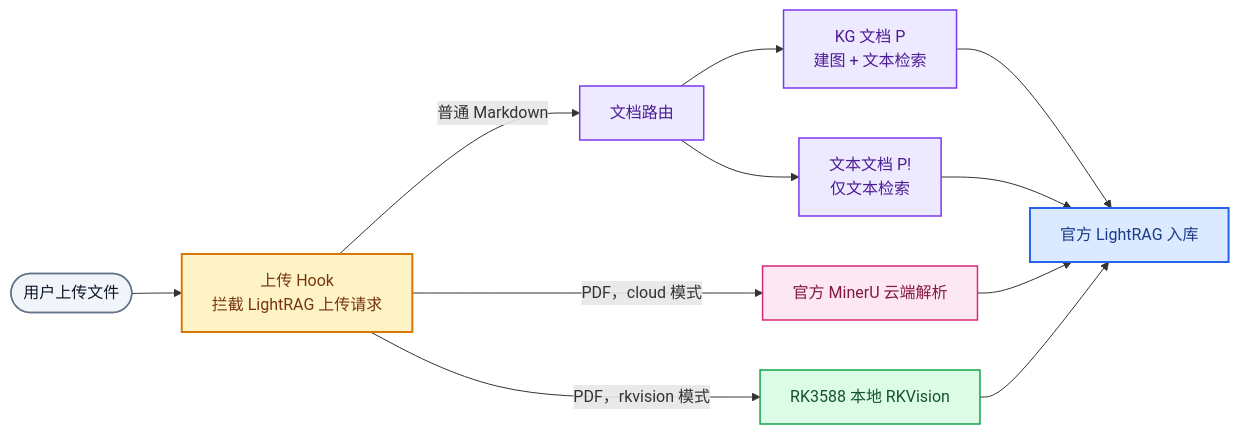
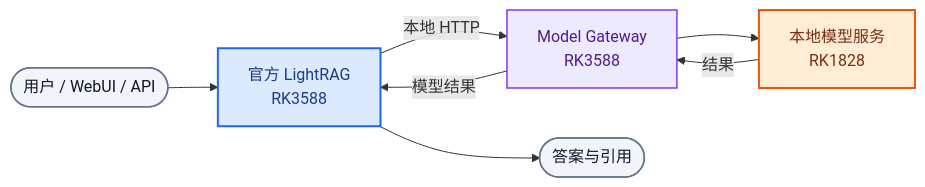
Before and after one commit to Eliasyuan-bit/rklight-rag: the first of 2 diagrams in README.md, drawn with Mermaid. The commit also changed other lines of this file, not shown here.

Commit message:
docs: rebuild README information architecture

````diff
--- a/README.md
+++ b/README.md
@@ -15,30 +11,19 @@
 ```mermaid
 flowchart LR
-    Upload([用户上传文件]) --> Hook[上传 Hook<br/>拦截 LightRAG 上传请求]
-
-    Hook -->|普通 Markdown| Router[文档路由]
-    Router --> KG[KG 文档 P<br/>建图 + 文本检索]
-    Router --> Text[文本文档 P!<br/>仅文本检索]
-
-    Hook -->|PDF，cloud 模式| MinerU[官方 MinerU 云端解析]
-    Hook -->|PDF，rkvision 模式| Vision[RK3588 本地 RKVision]
-
-    KG --> Insert[官方 LightRAG 入库]
-    Text --> Insert
-    MinerU --> Insert
-    Vision --> Insert
+    User([用户 / WebUI / API]) --> LR[官方 LightRAG<br/>RK3588]
+    LR -->|本地 HTTP| GW[Model Gateway<br/>RK3588]
+    GW --> Models[本地模型服务<br/>RK1828]
+    Models -->|结果| GW
+    GW -->|模型结果| LR
+    LR --> Answer([答案与引用])
 
     classDef input fill:#F1F5F9,stroke:#64748B,color:#0F172A,stroke-width:1.5px
-    classDef hook fill:#FEF3C7,stroke:#D97706,color:#78350F,stroke-width:2px
-    classDef route fill:#EDE9FE,stroke:#7C3AED,color:#4C1D95,stroke-width:1.5px
-    classDef local fill:#DCFCE7,stroke:#16A34A,color:#14532D,stroke-width:1.5px
-    classDef cloud fill:#FCE7F3,stroke:#DB2777,color:#831843,stroke-width:1.5px
     classDef lightrag fill:#DBEAFE,stroke:#2563EB,color:#1E3A8A,stroke-width:2px
+    classDef gateway fill:#EDE9FE,stroke:#7C3AED,color:#4C1D95,stroke-width:1.5px
+    classDef npu fill:#FFEDD5,stroke:#EA580C,color:#7C2D12,stroke-width:2px
 
-    class Upload input
-    class Hook hook
-    class Router,KG,Text route
-    class Vision local
-    class MinerU cloud
-    class Insert lightrag
+    class User,Answer input
+    class LR lightrag
+    class GW gateway
+    class Models npu
 ```
````
